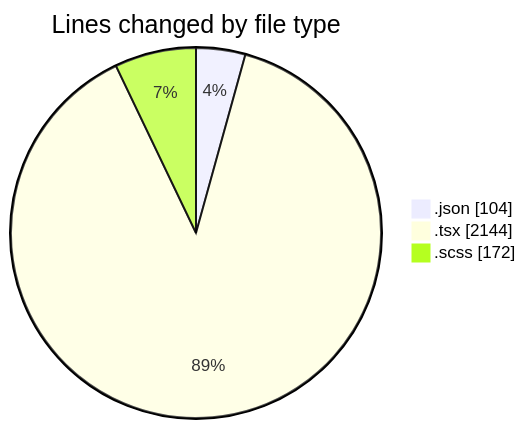
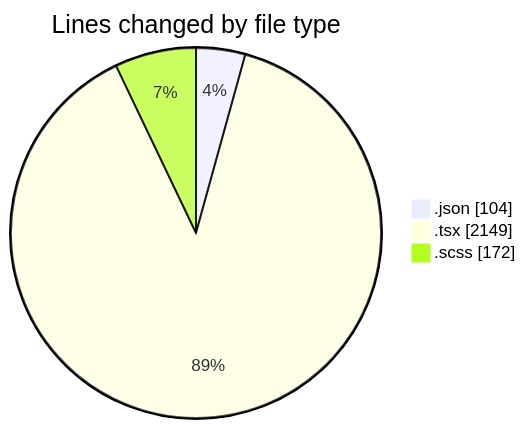
One commit to momahboobian/code-tracking changed the first of 2 diagrams in 2025-08-20/cda/README.md. Above: the diagram before and after it, drawn with Mermaid. The commit also changed other lines of this file and 1 other file, not shown here.

````diff
--- a/2025-08-20/cda/README.md
+++ b/2025-08-20/cda/README.md
@@ -27,7 +27,7 @@
 ```mermaid
 pie showData
 title Lines changed by file type
 ".json" : 104
-".tsx" : 2144
+".tsx" : 2149
 ".scss" : 172
 ```
````
